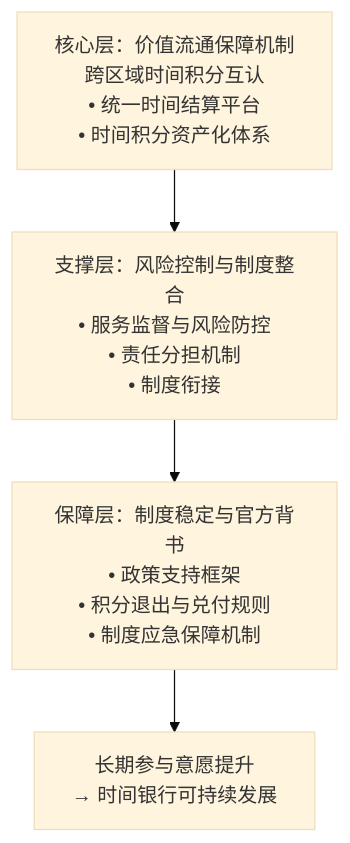
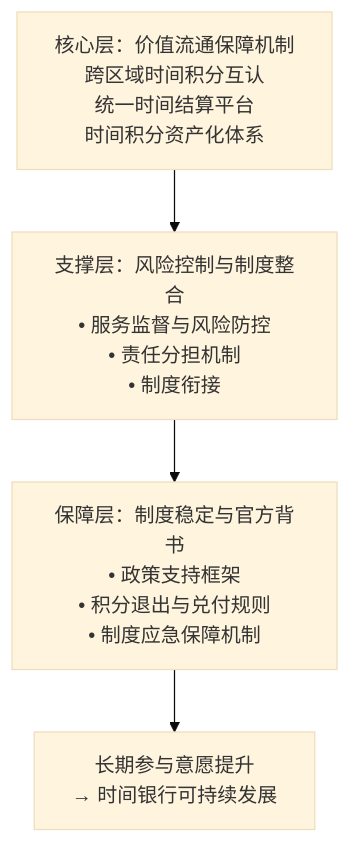
One commit to hulixiansheng2973/iodraw-files changed the diagram in all/未命名-1.md. Above: the diagram before and after it, drawn with Mermaid (base theme).

Commit message:
2026-02-25 16:21:38 update

````diff
--- a/all/未命名-1.md
+++ b/all/未命名-1.md
@@ -1,15 +1,15 @@
 ```mermaid
 graph TD
 
-A[核心层：价值流通保障机制<br/>跨区域时间积分互认<br/>• 统一时间结算平台<br/>• 时间积分资产化体系]
+A[核心层：价值流通保障机制<br/>跨区域时间积分互认<br/> 统一时间结算平台<br/>时间积分资产化体系]
 
 B[支撑层：风险控制与制度整合<br/>• 服务监督与风险防控<br/>• 责任分担机制<br/>• 制度衔接]
 
 C[保障层：制度稳定与官方背书<br/>• 政策支持框架<br/>• 积分退出与兑付规则<br/>• 制度应急保障机制]
 
 D[长期参与意愿提升<br/>→ 时间银行可持续发展]
 
 A --> B
 B --> C
 C --> D
 ```
````
